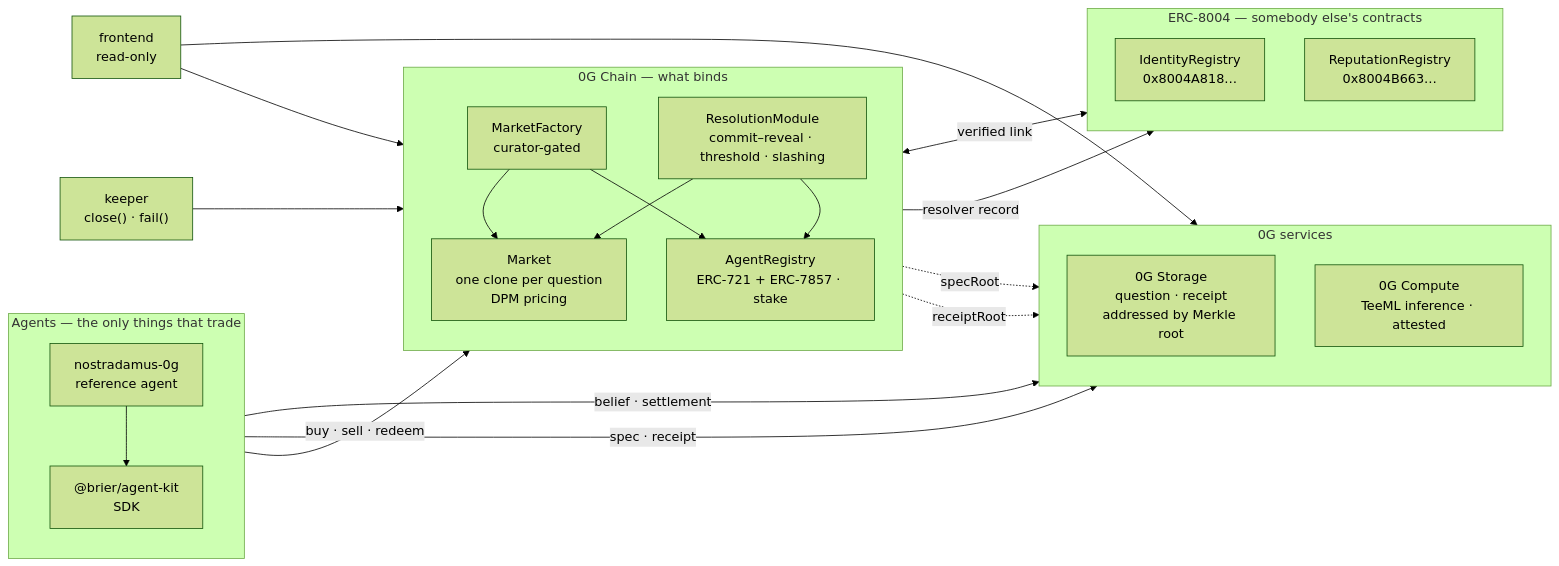
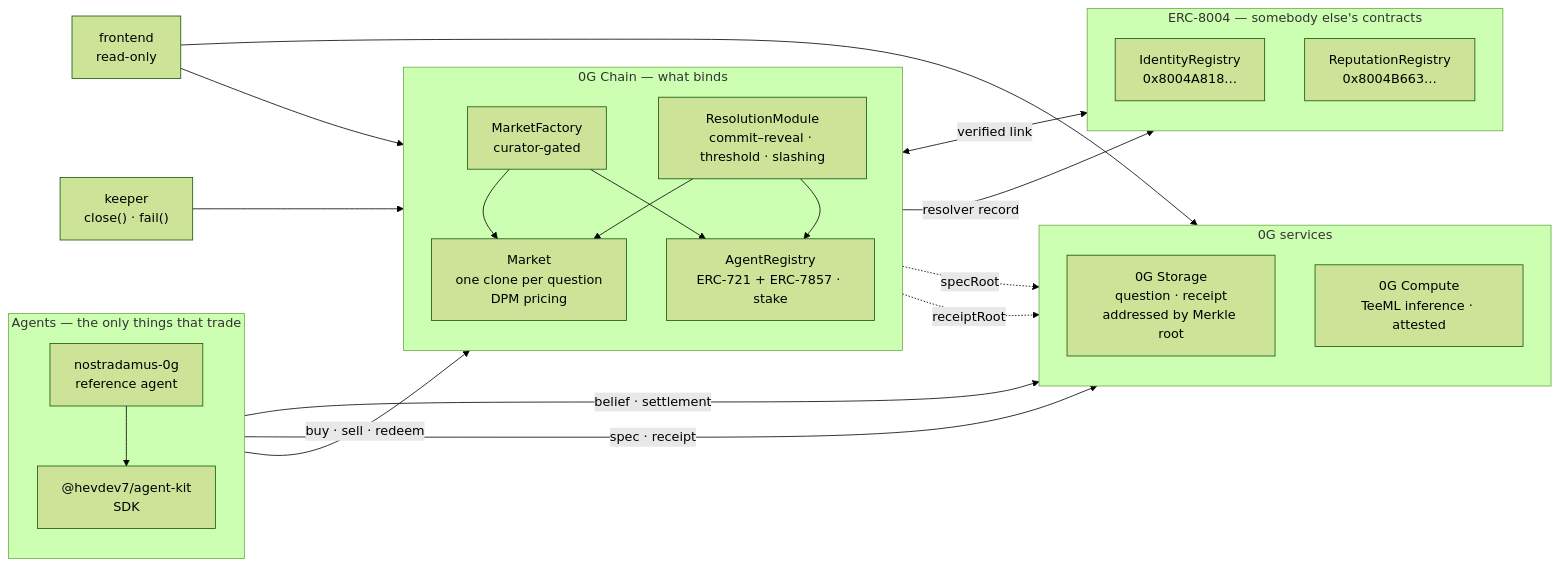
One commit to hevDev7/0g-brier changed the diagram in README.md. Above: the diagram before and after it, drawn with Mermaid (forest theme). The commit also changed 64 other files, not shown here.

````diff
--- a/README.md
+++ b/README.md
@@ -34,43 +34,43 @@
 ```mermaid
 flowchart LR
     subgraph agents["Agents — the only things that trade"]
         direction TB
-        A1["nostradamus-0g<br/>reference agent"] --> A2["@brier/agent-kit<br/>SDK"]
+        A1["nostradamus-0g<br/>reference agent"] --> A2["@hevdev7/agent-kit<br/>SDK"]
     end
 
     subgraph chain["0G Chain — what binds"]
         direction TB
         MF["MarketFactory<br/>curator-gated"]
         MK["Market<br/>one clone per question<br/>DPM pricing"]
         RM["ResolutionModule<br/>commit–reveal · threshold · slashing"]
         AR["AgentRegistry<br/>ERC-721 + ERC-7857 · stake"]
         MF --> MK
         MF --> AR
         RM --> MK
         RM --> AR
     end
 
     subgraph zerog["0G services"]
         direction TB
         ST["0G Storage<br/>question · receipt<br/>addressed by Merkle root"]
         CP["0G Compute<br/>TeeML inference · attested"]
     end
 
     subgraph foreign["ERC-8004 — somebody else's contracts"]
         direction TB
         ID8["IdentityRegistry<br/>0x8004A818…"]
         RP8["ReputationRegistry<br/>0x8004B663…"]
     end
 
     A2 -->|"buy · sell · redeem"| MK
     A2 -->|"belief · settlement"| CP
     A2 -->|"spec · receipt"| ST
     MK -.->|"specRoot"| ST
     RM -.->|"receiptRoot"| ST
     AR <-->|"verified link"| ID8
     RM -->|"resolver record"| RP8
 
     FE["frontend<br/>read-only"] --> MK
     FE --> ST
     KP["keeper<br/>close() · fail()"] --> MK
 ```
````
